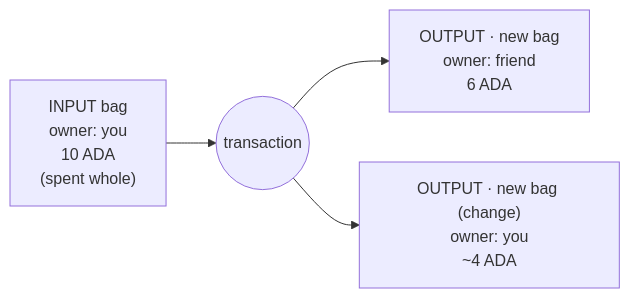
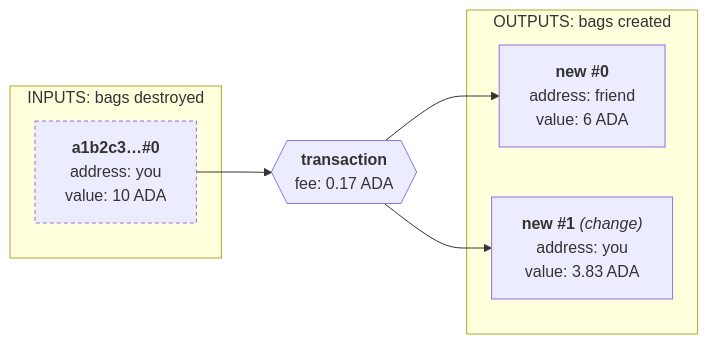
One commit to cardano-foundation/developer-portal changed the first of 3 diagrams in docs/developers/onboarding/lectures/beginner/2-utxos-and-transactions.md. Above: the diagram before and after it, drawn with Mermaid. The commit also changed other lines of this file, not shown here.

Commit message:
Show reference, address and value in the UTxO diagram

````diff
--- a/docs/developers/onboarding/lectures/beginner/2-utxos-and-transactions.md
+++ b/docs/developers/onboarding/lectures/beginner/2-utxos-and-transactions.md
@@ -30,6 +30,25 @@
 ```mermaid
 flowchart LR
-    I["INPUT bag<br/>owner: you<br/>10 ADA<br/>(spent whole)"] --> TX(( transaction ))
-    TX --> O1["OUTPUT · new bag<br/>owner: friend<br/>6 ADA"]
-    TX --> O2["OUTPUT · new bag (change)<br/>owner: you<br/>~4 ADA"]
+    subgraph IN["INPUTS: bags destroyed"]
+        I["`**a1b2c3…#0**
+        address: you
+        value: 10 ADA`"]
+    end
+
+    TX{{"`**transaction**
+    fee: 0.17 ADA`"}}
+
+    subgraph OUT["OUTPUTS: bags created"]
+        O1["`**new #0**
+        address: friend
+        value: 6 ADA`"]
+        O2["`**new #1** _(change)_
+        address: you
+        value: 3.83 ADA`"]
+    end
+
+    I --> TX --> O1
+    TX --> O2
+
+    style I stroke-dasharray: 4 3
 ```
````
